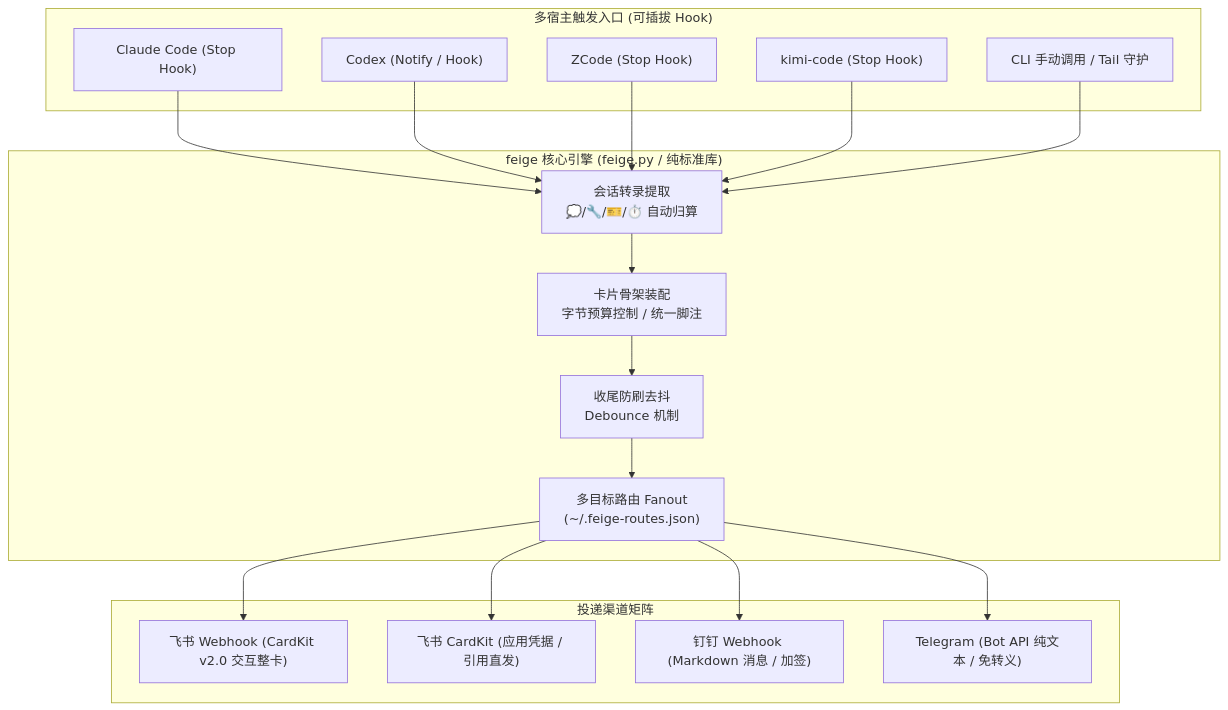
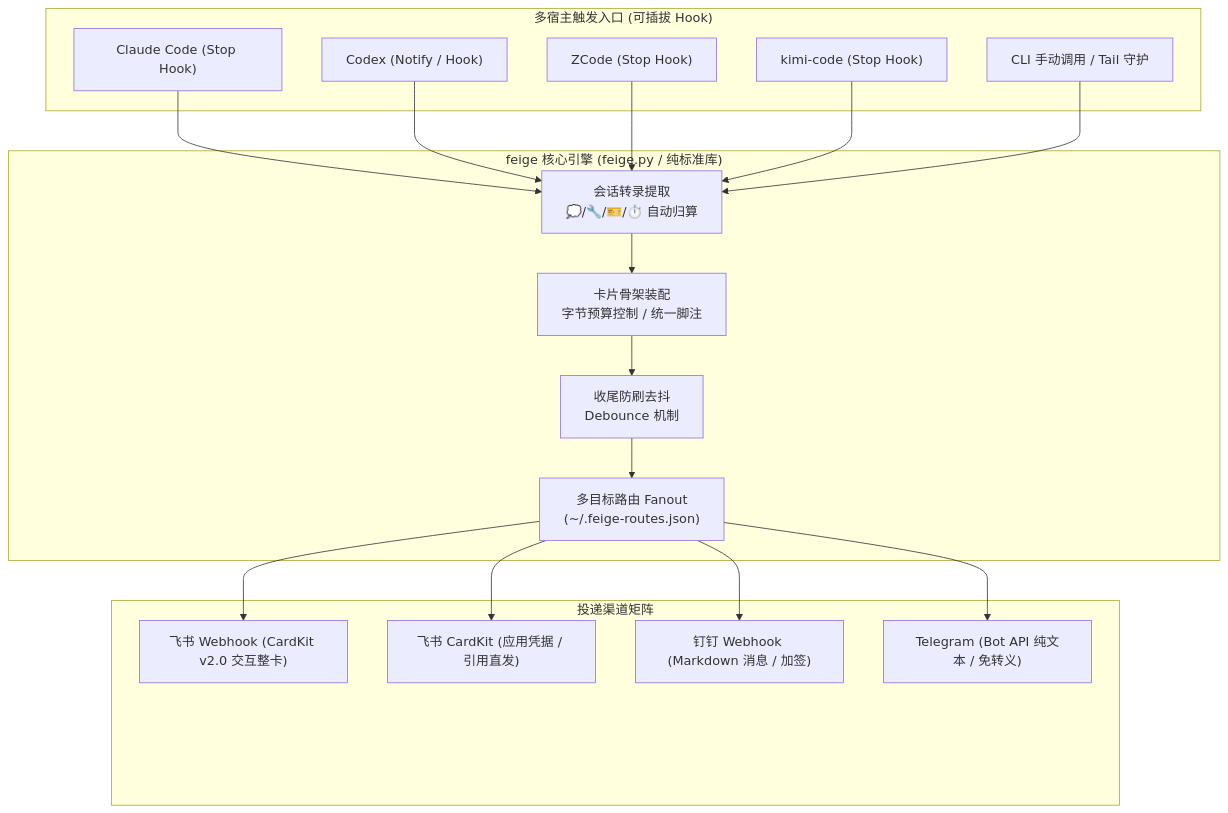
Before and after one commit to techysy/feige-fry-cards: the diagram in README.md, drawn with Mermaid.

Commit message:
docs: 为架构图右下角增加透明占位垫片，避让 GitHub 浮动导航控制栏

````diff
--- a/README.md
+++ b/README.md
@@ -34,39 +34,43 @@
 ```mermaid
 flowchart TD
     subgraph Ingress["多宿主触发入口 (可插拔 Hook)"]
         H1["Claude Code (Stop Hook)"]
         H2["Codex (Notify / Hook)"]
         H3["ZCode (Stop Hook)"]
         H4["kimi-code (Stop Hook)"]
         H5["CLI 手动调用 / Tail 守护"]
     end
 
     subgraph Core["feige 核心引擎 (feige.py / 纯标准库)"]
         PARSE["会话转录提取<br/>💭/🔧/🎫/⏱️ 自动归算"]
         CARD["卡片骨架装配<br/>字节预算控制 / 统一脚注"]
         DEBOUNCE["收尾防刷去抖<br/>Debounce 机制"]
         ROUTER["多目标路由 Fanout<br/>(~/.feige-routes.json)"]
     end
 
     subgraph Channels["投递渠道矩阵"]
         C1["飞书 Webhook (CardKit v2.0 交互整卡)"]
         C2["飞书 CardKit (应用凭据 / 引用直发)"]
         C3["钉钉 Webhook (Markdown 消息 / 加签)"]
         C4["Telegram (Bot API 纯文本 / 免转义)"]
+        PAD["&nbsp;<br/>&nbsp;"]
     end
 
     H1 --> PARSE
     H2 --> PARSE
     H3 --> PARSE
     H4 --> PARSE
     H5 --> PARSE
 
     PARSE --> CARD
     CARD --> DEBOUNCE
     DEBOUNCE --> ROUTER
 
     ROUTER --> C1
     ROUTER --> C2
     ROUTER --> C3
     ROUTER --> C4
+    C4 ~~~ PAD
+
+    style PAD fill:transparent,stroke:none,color:transparent
 ```
````
